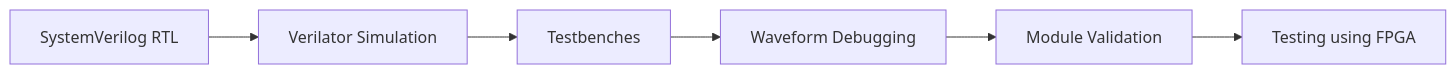
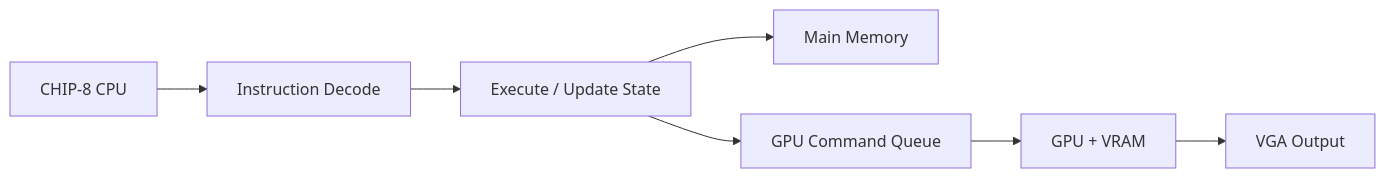
Before and after one commit to Auth0x78/Chip8-HW: the diagram in docs/README.md, drawn with Mermaid. The commit also changed other lines of this file and 7 other files, not shown here.

````diff
--- a/docs/README.md
+++ b/docs/README.md
@@ -17,8 +19,9 @@
 ```mermaid
 flowchart LR
-    A[SystemVerilog RTL] --> B[Verilator Simulation]
-    B --> C[Testbenches]
-    C --> D[Waveform Debugging]
-    D --> E[Module Validation]
-    E --> F[Testing using FPGA]
+    A[CHIP-8 CPU] --> B[Instruction Decode]
+    B --> C[Execute / Update State]
+    C --> D[Main Memory]
+    C --> E[GPU Command Queue]
+    E --> F[GPU + VRAM]
+    F --> G[VGA Output]
 ```
````
